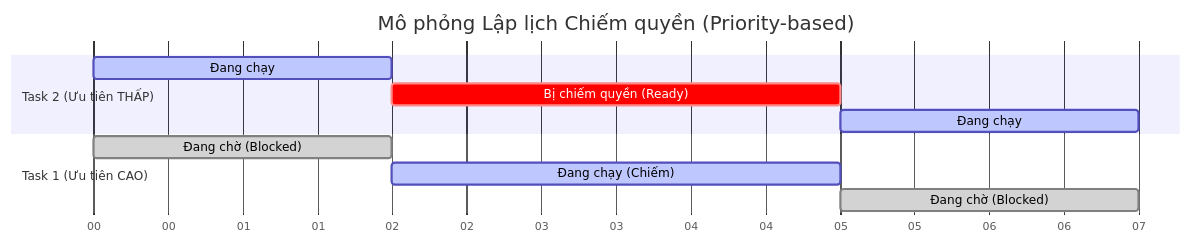
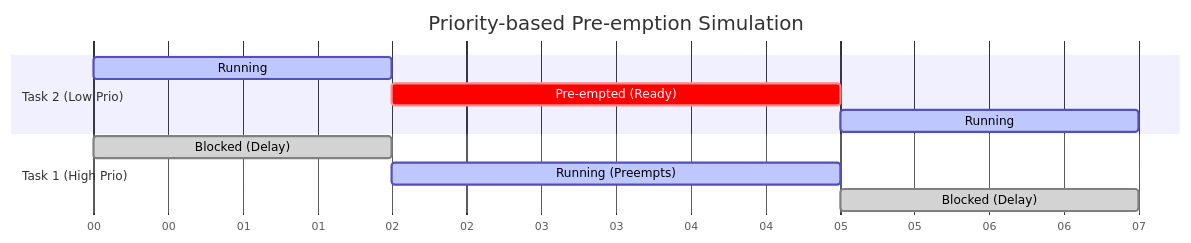
One commit to WuTech256/Embedded_RoadMap changed the third of 4 diagrams in Real-Time Operating Systems/FreeRTOSS_Task_Creation/FreeRTOS_Task_Creation_EN.md. Above: the diagram before and after it, drawn with Mermaid. The commit also changed other lines of this file, not shown here.

````diff
--- a/Real-Time Operating Systems/FreeRTOSS_Task_Creation/FreeRTOS_Task_Creation_EN.md
+++ b/Real-Time Operating Systems/FreeRTOSS_Task_Creation/FreeRTOS_Task_Creation_EN.md
@@ -143,16 +145,16 @@
 ```mermaid
 gantt
-    title Mô phỏng Lập lịch Chiếm quyền (Priority-based)
+    title Priority-based Pre-emption Simulation
     dateFormat  s
     axisFormat  %S
     
-    section Task 2 (Ưu tiên THẤP)
-    Đang chạy         :active, t2_1, 0, 2s
-    Bị chiếm quyền (Ready):crit, t2_2, 2, 3s
-    Đang chạy         :active, t2_3, 5, 2s
+    section Task 2 (Low Prio)
+    Running           :active, t2_1, 0, 2s
+    Pre-empted (Ready):crit, t2_2, 2, 3s
+    Running           :active, t2_3, 5, 2s
 
-    section Task 1 (Ưu tiên CAO)
-    Đang chờ (Blocked) :done, t1_1, 0, 2s
-    Đang chạy (Chiếm) :active, t1_2, 2, 3s
-    Đang chờ (Blocked) :done, t1_3, 5, 2s
+    section Task 1 (High Prio)
+    Blocked (Delay)   :done, t1_1, 0, 2s
+    Running (Preempts):active, t1_2, 2, 3s
+    Blocked (Delay)   :done, t1_3, 5, 2s
 ```
````
